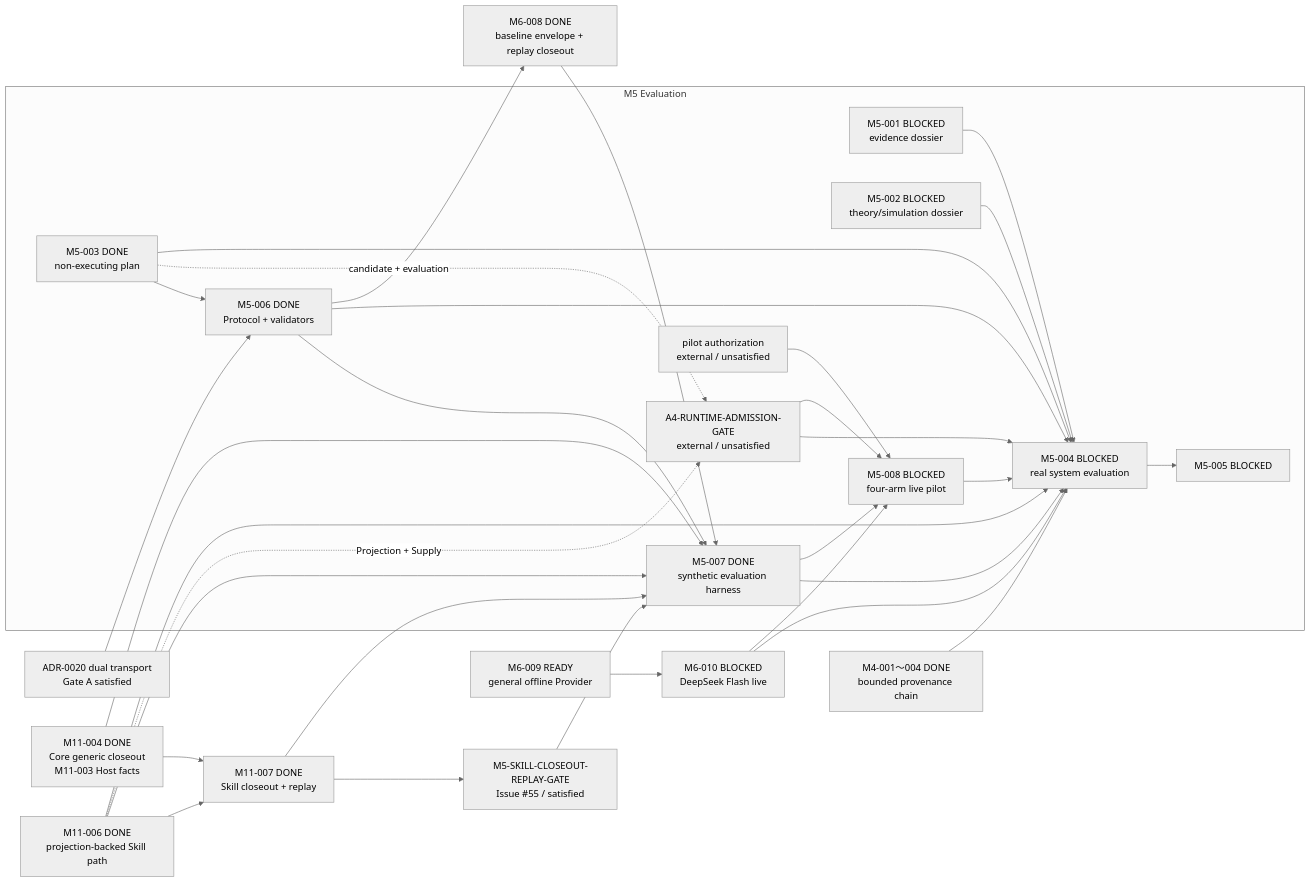
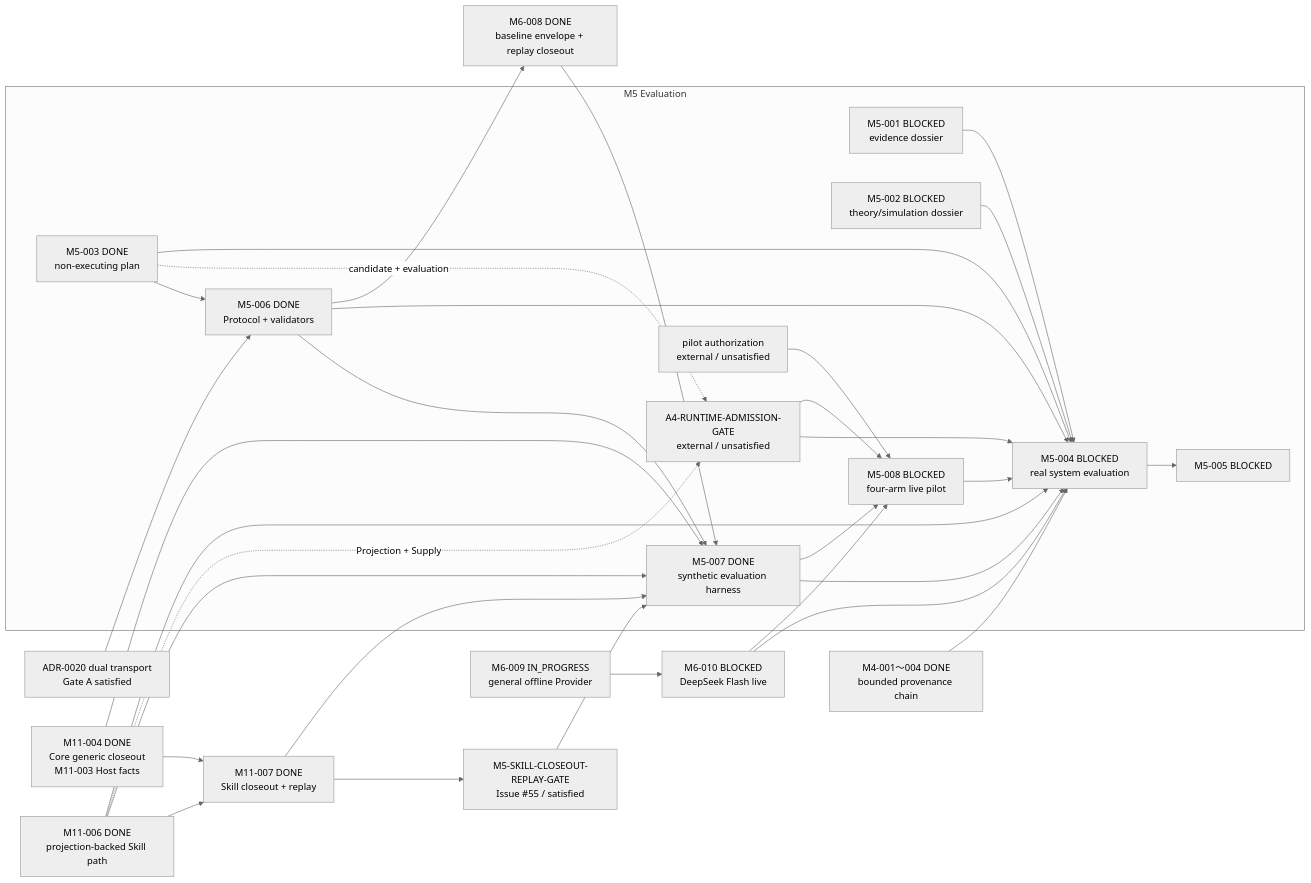
The third of 5 diagrams in docs/M_SERIES_IMPLEMENTATION_MAP.md (Chengyue-Lu/research-agent-workbench), drawn with Mermaid (neutral theme) before and after one commit. The commit also changed 19 other files, not shown here.

````diff
--- a/docs/M_SERIES_IMPLEMENTATION_MAP.md
+++ b/docs/M_SERIES_IMPLEMENTATION_MAP.md
@@ -99,36 +99,36 @@
 ```mermaid
 flowchart LR
     subgraph M5["M5 Evaluation"]
         M5001["M5-001 BLOCKED<br/>evidence dossier"] --> M5004["M5-004 BLOCKED<br/>real system evaluation"]
         M5002["M5-002 BLOCKED<br/>theory/simulation dossier"] --> M5004
         M5003["M5-003 DONE<br/>non-executing plan"] --> M5006["M5-006 DONE<br/>Protocol + validators"]
         M5006 --> M5007["M5-007 DONE<br/>synthetic evaluation harness"]
         M5003 -. "candidate + evaluation" .-> A4G["A4-RUNTIME-ADMISSION-GATE<br/>external / unsatisfied"]
         A4G --> M5004
         M5003 --> M5004
         M5006 --> M5004
         M5007 --> M5004
         M5007 --> M5008["M5-008 BLOCKED<br/>four-arm live pilot"]
         A4G --> M5008
         PG["pilot authorization<br/>external / unsatisfied"] --> M5008
         M5008 --> M5004
         M5004 --> M5005["M5-005 BLOCKED"]
     end
 
     M4Done["M4-001～004 DONE<br/>bounded provenance chain"] --> M5004
     BTG["ADR-0020 dual transport<br/>Gate A satisfied"] --> M5006
     M5006 --> M6008["M6-008 DONE<br/>baseline envelope + replay closeout"]
     M6008 --> M5007
     M1104["M11-004 DONE<br/>Core generic closeout<br/>M11-003 Host facts"] --> M5007
     M1106["M11-006 DONE<br/>projection-backed Skill path"] --> M5007
     M1104 --> M1107["M11-007 DONE<br/>Skill closeout + replay"]
     M1106 --> M1107
     M1107 --> M5007
     M1107 --> SCG
     SCG["M5-SKILL-CLOSEOUT-REPLAY-GATE<br/>Issue #55 / satisfied"] --> M5007
     M1106 -. "Projection + Supply" .-> A4G
     M1106 --> M5004
-    M6009["M6-009 READY<br/>general offline Provider"] --> M6010["M6-010 BLOCKED<br/>DeepSeek Flash live"]
+    M6009["M6-009 IN_PROGRESS<br/>general offline Provider"] --> M6010["M6-010 BLOCKED<br/>DeepSeek Flash live"]
     M6010 --> M5004
     M6010 --> M5008
 ```
````
